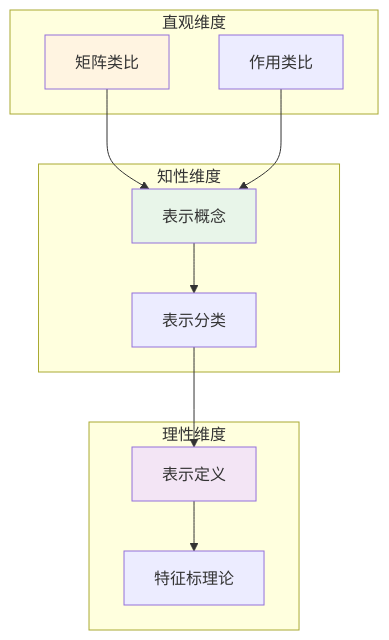
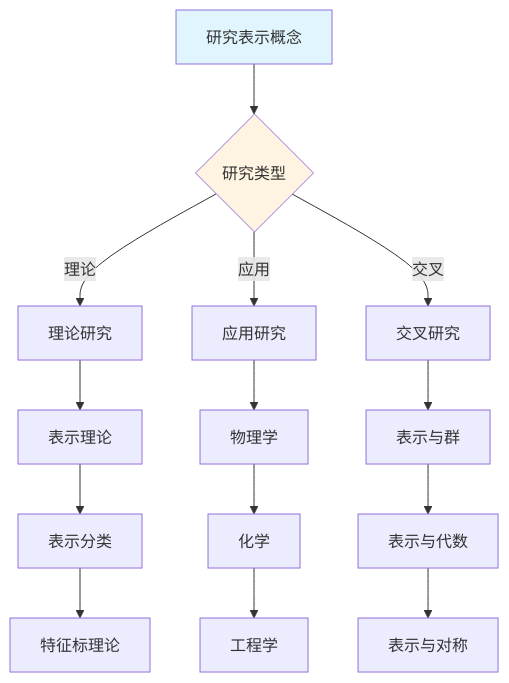
Before and after one commit to AdaMartin18010/FormalMath: the eighth of 10 diagrams in concept/核心概念/32-表示.md, drawn with Mermaid. The commit also changed other lines of this file and 4793 other files, not shown here.

````diff
--- a/concept/核心概念/32-表示.md
+++ b/concept/核心概念/32-表示.md
@@ -782,27 +2363,22 @@
 ```mermaid
-graph TB
-    subgraph 直观维度
-        A1[矩阵类比]
-        A2[作用类比]
-    end
+graph TD
+    A[研究表示概念] --> B{研究类型}
+    B -->|理论| C[理论研究]
+    B -->|应用| D[应用研究]
+    B -->|交叉| E[交叉研究]
 
-    subgraph 知性维度
-        B1[表示概念]
-        B2[表示分类]
-    end
+    C --> C1[表示理论]
+    C1 --> C2[表示分类]
+    C2 --> C3[特征标理论]
 
-    subgraph 理性维度
-        C1[表示定义]
-        C2[特征标理论]
-    end
+    D --> D1[物理学]
+    D1 --> D2[化学]
+    D2 --> D3[工程学]
 
-    A1 --> B1
-    A2 --> B1
-    B1 --> B2
-    B2 --> C1
-    C1 --> C2
+    E --> E1[表示与群]
+    E1 --> E2[表示与代数]
+    E2 --> E3[表示与对称]
 
-    style A1 fill:#fff4e1
-    style B1 fill:#e8f5e9
-    style C1 fill:#f3e5f5
+    style A fill:#e1f5ff
+    style B fill:#fff4e1
 ```
````
